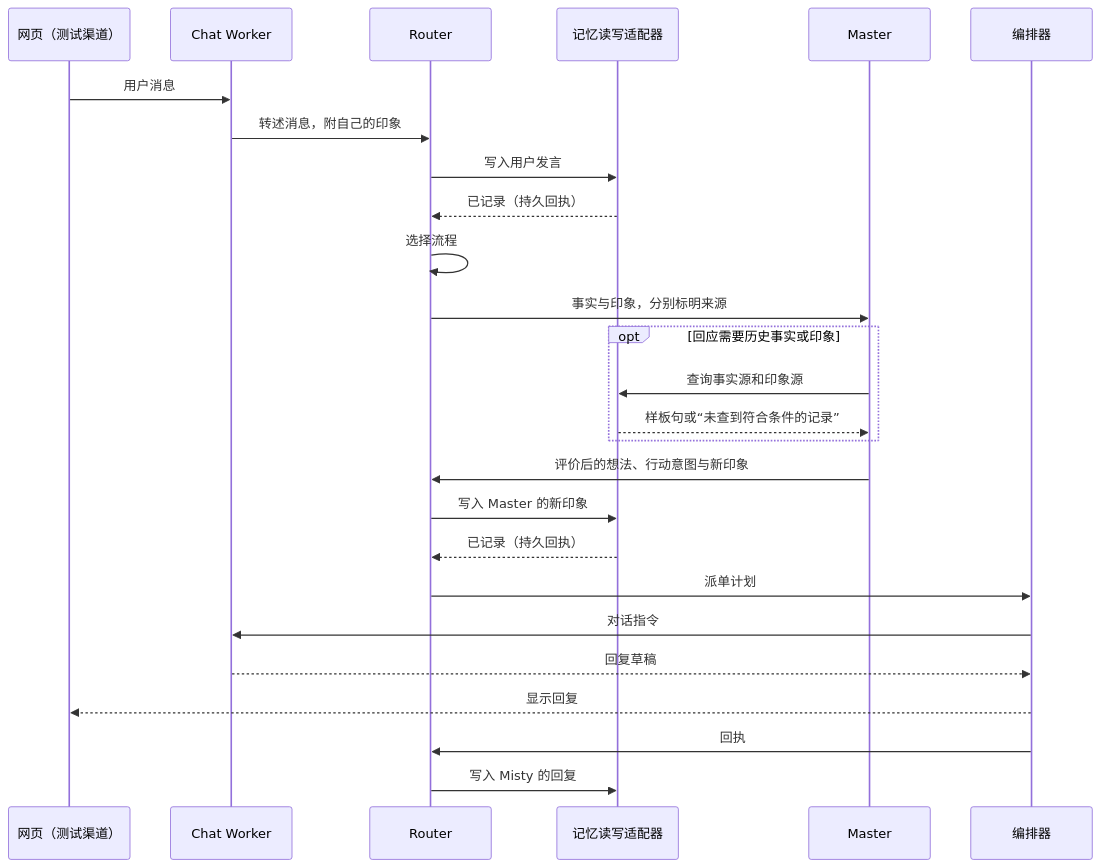
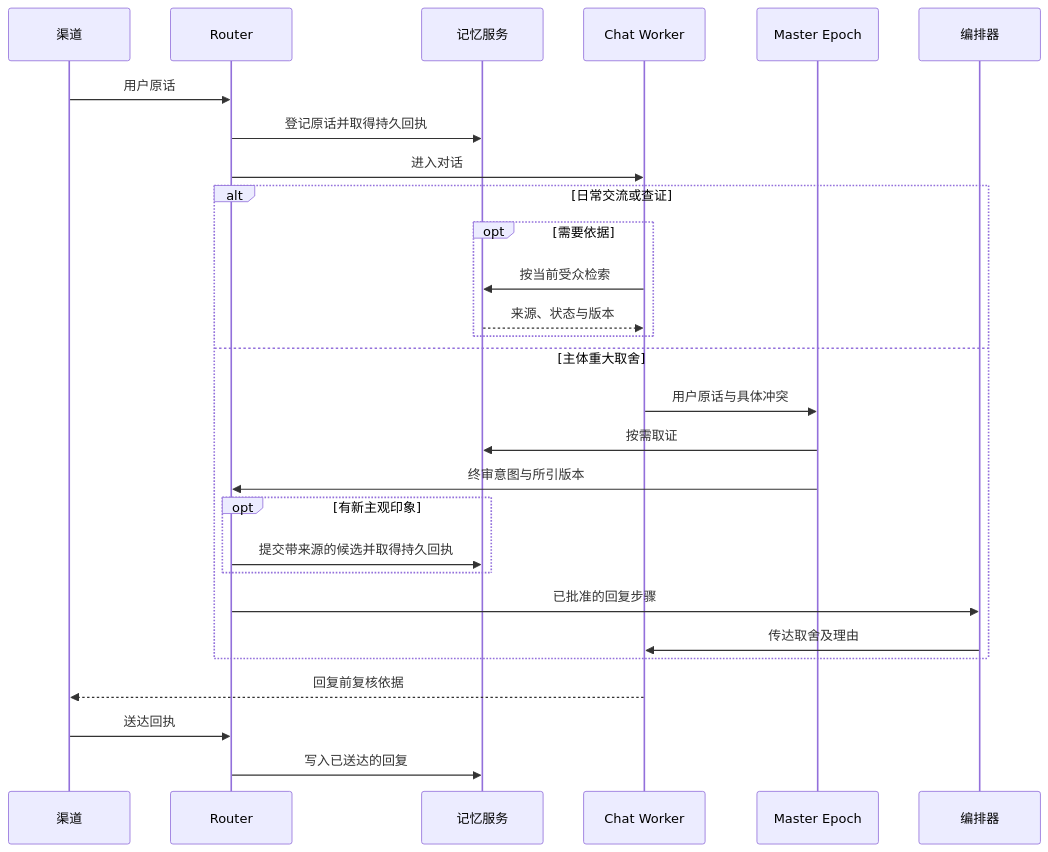
One commit to QiuYuAkiGO/neuralcloud-harness changed the diagram in docs/proposals/console-free-chat-pipeline-20261121.md. Above: the diagram before and after it, drawn with Mermaid. The commit also changed other lines of this file and 33 other files, not shown here.

````diff
--- a/docs/proposals/console-free-chat-pipeline-20261121.md
+++ b/docs/proposals/console-free-chat-pipeline-20261121.md
@@ -22,28 +22,30 @@
-```mermaid
+~~~mermaid
 sequenceDiagram
-    participant U as 网页（测试渠道）
+    participant U as 渠道
+    participant R as Router
+    participant K as 记忆服务
     participant C as Chat Worker
-    participant R as Router
-    participant K as 记忆读写适配器
-    participant M as Master
+    participant M as Master Epoch
     participant O as 编排器
-    U->>C: 用户消息
-    C->>R: 转述消息，附自己的印象
-    R->>K: 写入用户发言
-    K-->>R: 已记录（持久回执）
-    R->>R: 选择流程
-    R->>M: 事实与印象，分别标明来源
-    opt 回应需要历史事实或印象
-        M->>K: 查询事实源和印象源
-        K-->>M: 样板句或“未查到符合条件的记录”
+    U->>R: 用户原话
+    R->>K: 登记原话并取得持久回执
+    R->>C: 进入对话
+    alt 日常交流或查证
+        opt 需要依据
+            C->>K: 按当前受众检索
+            K-->>C: 来源、状态与版本
+        end
+    else 主体重大取舍
+        C->>M: 用户原话与具体冲突
+        M->>K: 按需取证
+        M->>R: 终审意图与所引版本
+        opt 有新主观印象
+            R->>K: 提交带来源的候选并取得持久回执
+        end
+        R->>O: 已批准的回复步骤
+        O->>C: 传达取舍及理由
     end
-    M->>R: 评价后的想法、行动意图与新印象
-    R->>K: 写入 Master 的新印象
-    K-->>R: 已记录（持久回执）
-    R->>O: 派单计划
-    O->>C: 对话指令
-    C-->>O: 回复草稿
-    O-->>U: 显示回复
-    O->>R: 回执
-    R->>K: 写入 Misty 的回复
-```
+    C-->>U: 回复前复核依据
+    U->>R: 送达回执
+    R->>K: 写入已送达的回复
+~~~
````
